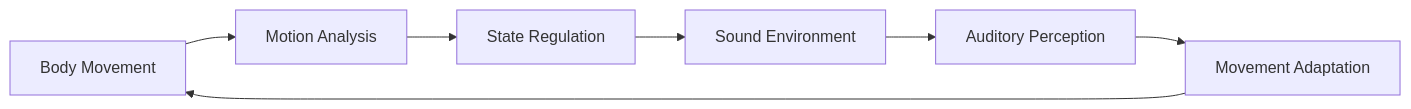
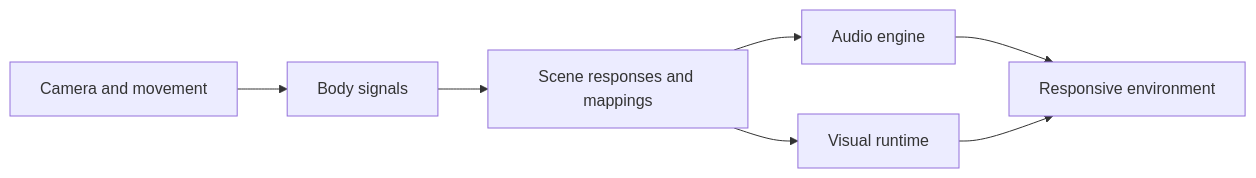
One commit to berentzj/fanrows-info changed the diagram in README.md. Above: the diagram before and after it, drawn with Mermaid. The commit also changed other lines of this file, not shown here.

Commit message:
docs: align public architecture with current FanRows behavior

````diff
--- a/README.md
+++ b/README.md
@@ -109,17 +27,9 @@
 ```mermaid
 flowchart LR
-
-A[Body Movement]
-B[Motion Analysis]
-C[State Regulation]
-D[Sound Environment]
-E[Auditory Perception]
-F[Movement Adaptation]
-
-A --> B
-B --> C
-C --> D
-D --> E
-E --> F
-F --> A
+  A[Camera and movement] --> B[Body signals]
+  B --> C[Scene responses and mappings]
+  C --> D[Audio engine]
+  C --> E[Visual runtime]
+  D --> F[Responsive environment]
+  E --> F
 ```
````
